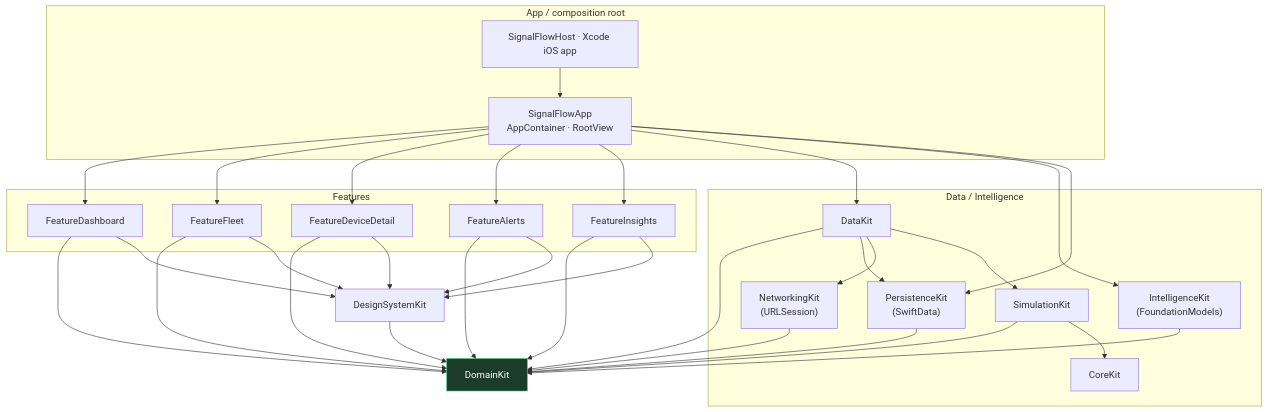
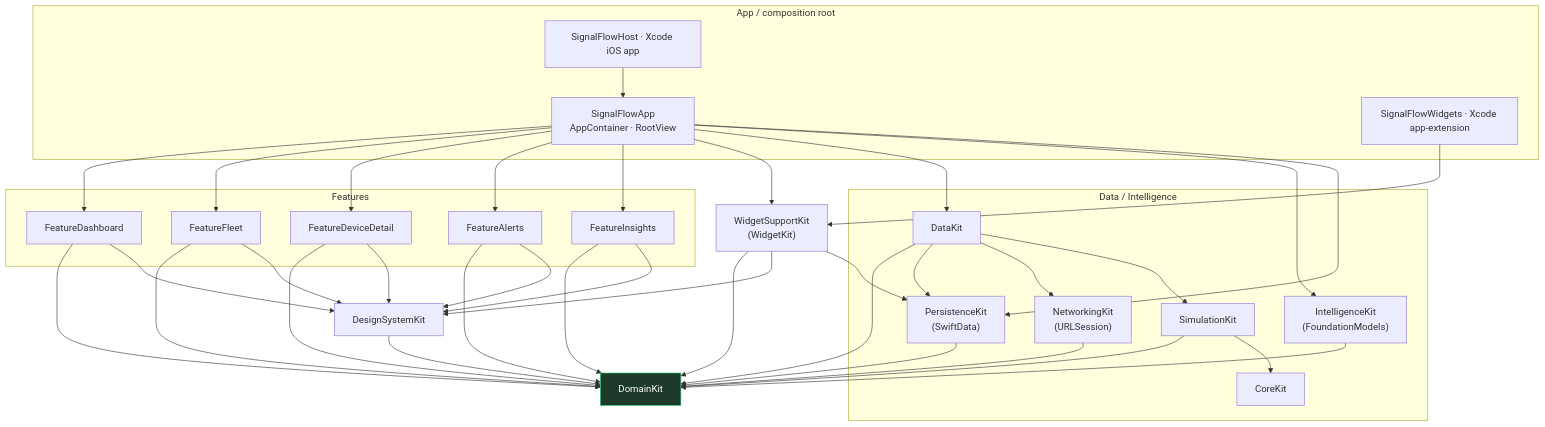
The second of 2 diagrams in README.md (donatogomez/signal-flow), drawn with Mermaid before and after one commit. The commit also changed other lines of this file and 19 other files, not shown here.

First line of the commit message:
Add WidgetKit support (#13)

````diff
--- a/README.md
+++ b/README.md
@@ -131,45 +139,52 @@
 ```mermaid
 flowchart TD
     subgraph AppLayer["App / composition root"]
         HOST["SignalFlowHost · Xcode iOS app"]
         APPLIB["SignalFlowApp<br/>AppContainer · RootView"]
+        WIDGETHOST["SignalFlowWidgets · Xcode app-extension"]
     end
     subgraph FeatureLayer["Features"]
         F1[FeatureDashboard]
         F2[FeatureFleet]
         F3[FeatureDeviceDetail]
         F4[FeatureAlerts]
         F5[FeatureInsights]
     end
+    WS["WidgetSupportKit<br/>(WidgetKit)"]
     DS[DesignSystemKit]
     subgraph DataLayer["Data / Intelligence"]
         DK[DataKit]
         PERSIST["PersistenceKit<br/>(SwiftData)"]
         NET["NetworkingKit<br/>(URLSession)"]
         INTEL["IntelligenceKit<br/>(FoundationModels)"]
         SIM[SimulationKit]
         CORE[CoreKit]
     end
     DOM[DomainKit]
 
     HOST --> APPLIB
+    WIDGETHOST --> WS
     APPLIB --> F1 & F2 & F3 & F4 & F5
+    APPLIB --> WS
     APPLIB --> DK
     APPLIB --> INTEL
     APPLIB --> PERSIST
     F1 & F2 & F3 & F4 & F5 --> DOM
     F1 & F2 & F3 & F4 & F5 --> DS
+    WS --> DOM
+    WS --> PERSIST
+    WS --> DS
     DS --> DOM
     DK --> DOM
     DK --> PERSIST
     DK --> NET
     PERSIST --> DOM
     NET --> DOM
     INTEL --> DOM
     DK --> SIM
     SIM --> DOM
     SIM --> CORE
 
     classDef domain fill:#1d3b2a,stroke:#2ecc71,color:#fff;
     class DOM domain;
 ```
````
